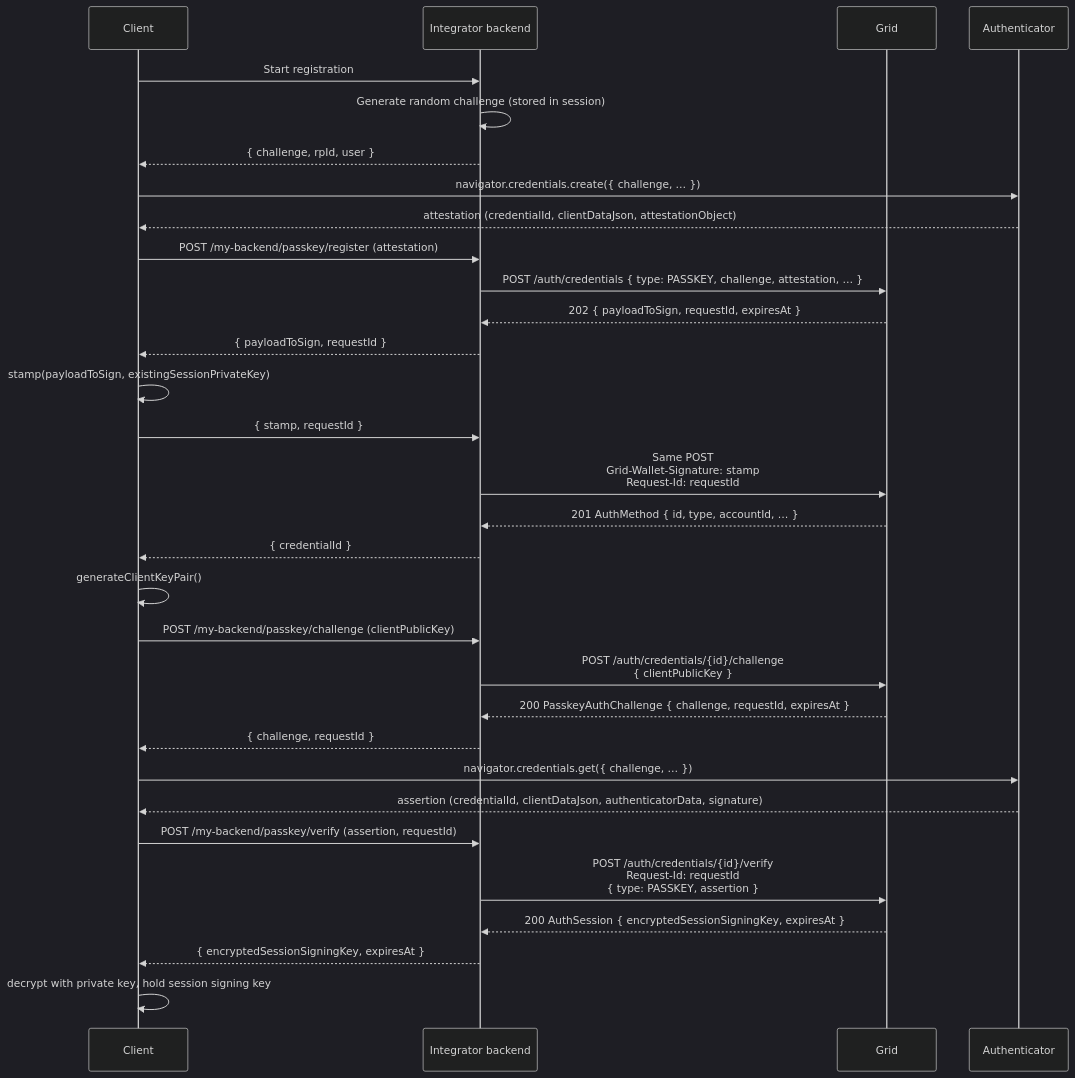
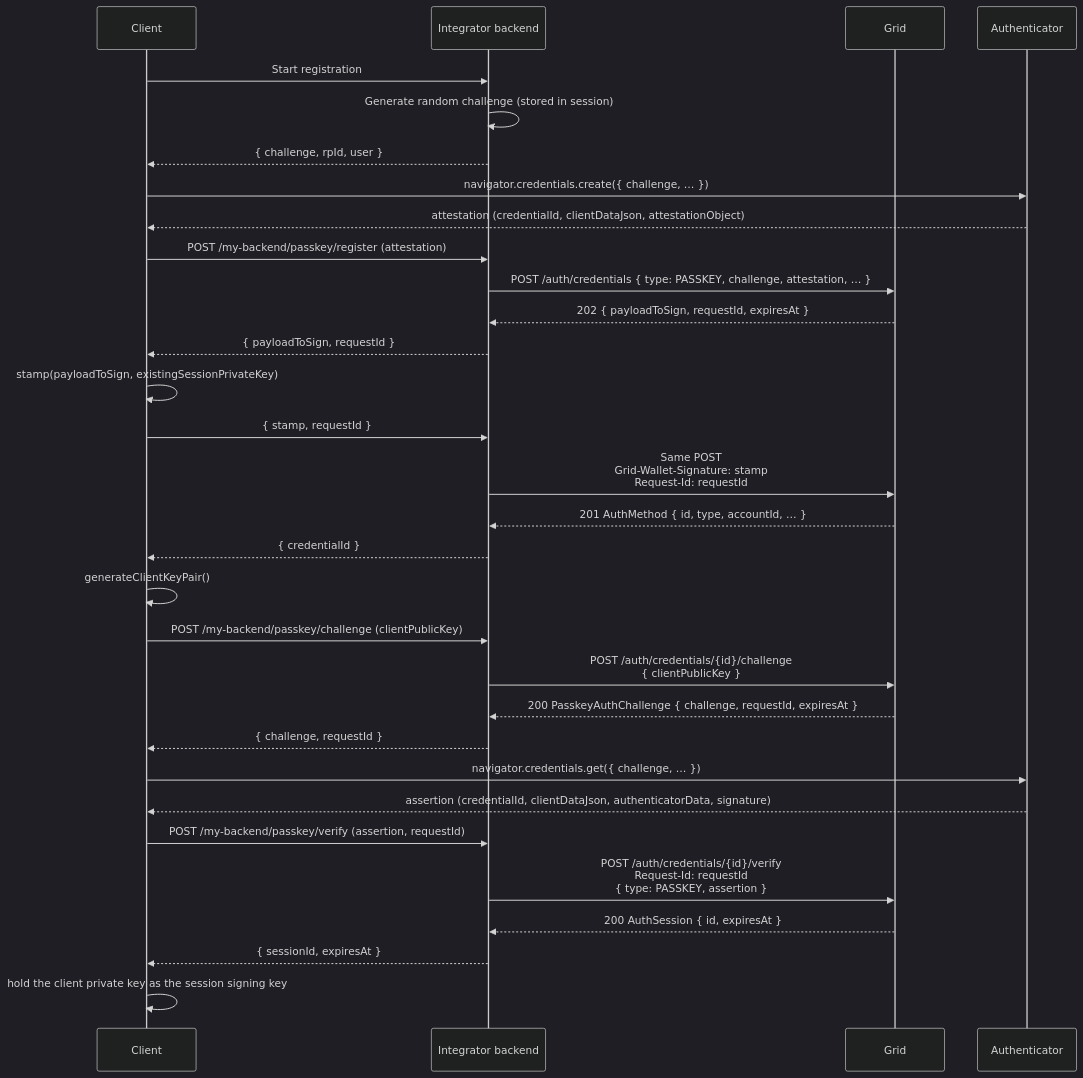
Before and after one commit to lightsparkdev/grid-api: the first of 5 diagrams in mintlify/snippets/global-accounts/authentication.mdx, drawn with Mermaid (dark theme). The commit also changed other lines of this file and 15 other files, not shown here.

First line of the commit message:
docs(global-accounts): drop the uncompressed-key session flow from the guides

````diff
--- a/mintlify/snippets/global-accounts/authentication.mdx
+++ b/mintlify/snippets/global-accounts/authentication.mdx
@@ -32,34 +32,34 @@
 ```mermaid
 sequenceDiagram
   participant C as Client
   participant IB as Integrator backend
   participant G as Grid
   participant A as Authenticator
 
   C->>IB: Start registration
   IB->>IB: Generate random challenge (stored in session)
   IB-->>C: { challenge, rpId, user }
   C->>A: navigator.credentials.create({ challenge, … })
   A-->>C: attestation (credentialId, clientDataJson, attestationObject)
   C->>IB: POST /my-backend/passkey/register (attestation)
   IB->>G: POST /auth/credentials { type: PASSKEY, challenge, attestation, … }
   G-->>IB: 202 { payloadToSign, requestId, expiresAt }
   IB-->>C: { payloadToSign, requestId }
   C->>C: stamp(payloadToSign, existingSessionPrivateKey)
   C->>IB: { stamp, requestId }
   IB->>G: Same POST<br/>Grid-Wallet-Signature: stamp<br/>Request-Id: requestId
   G-->>IB: 201 AuthMethod { id, type, accountId, … }
   IB-->>C: { credentialId }
   C->>C: generateClientKeyPair()
   C->>IB: POST /my-backend/passkey/challenge (clientPublicKey)
   IB->>G: POST /auth/credentials/{id}/challenge<br/>{ clientPublicKey }
   G-->>IB: 200 PasskeyAuthChallenge { challenge, requestId, expiresAt }
   IB-->>C: { challenge, requestId }
   C->>A: navigator.credentials.get({ challenge, … })
   A-->>C: assertion (credentialId, clientDataJson, authenticatorData, signature)
   C->>IB: POST /my-backend/passkey/verify (assertion, requestId)
   IB->>G: POST /auth/credentials/{id}/verify<br/>Request-Id: requestId<br/>{ type: PASSKEY, assertion }
-  G-->>IB: 200 AuthSession { encryptedSessionSigningKey, expiresAt }
-  IB-->>C: { encryptedSessionSigningKey, expiresAt }
-  C->>C: decrypt with private key, hold session signing key
+  G-->>IB: 200 AuthSession { id, expiresAt }
+  IB-->>C: { sessionId, expiresAt }
+  C->>C: hold the client private key as the session signing key
 ```
````
